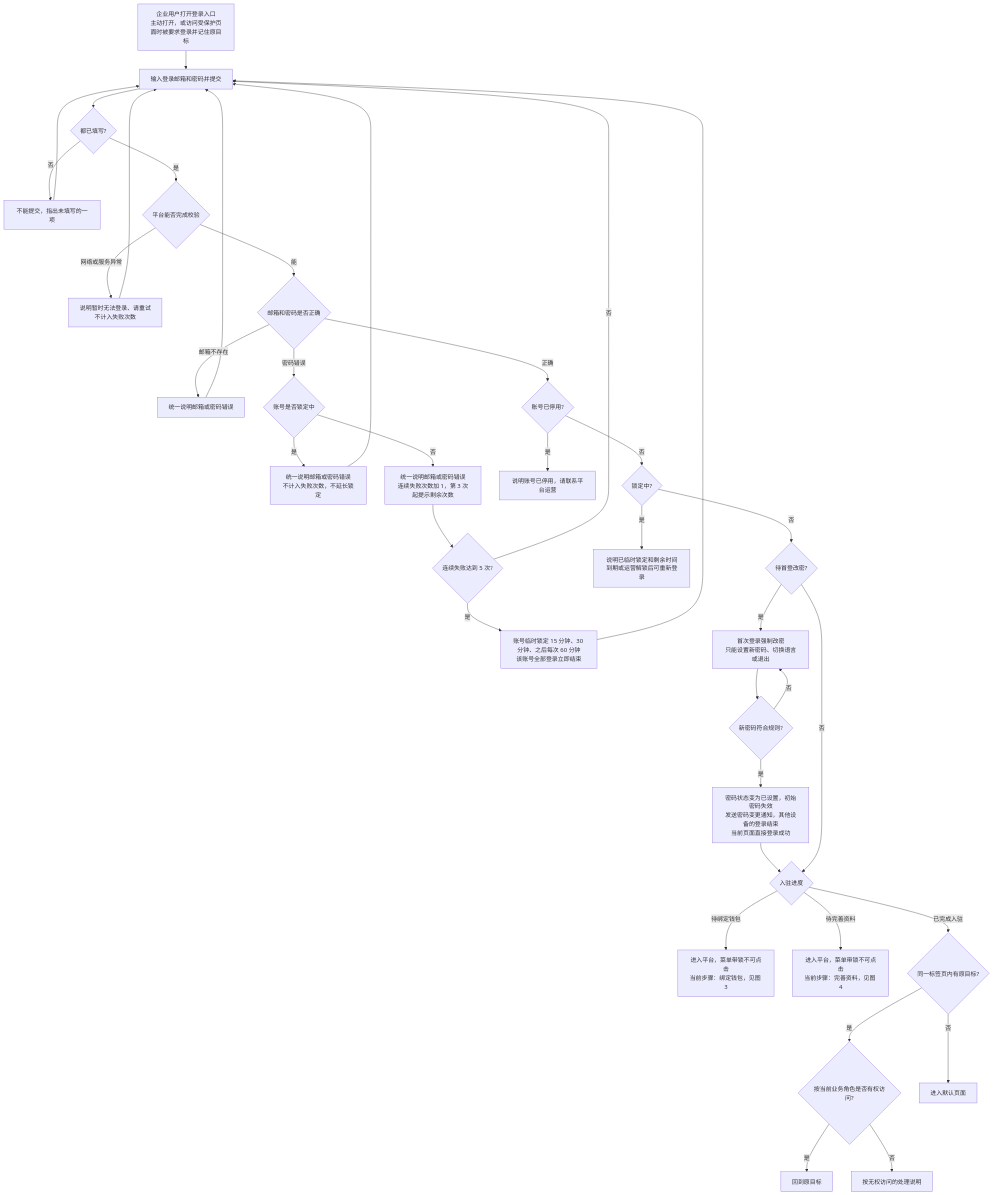
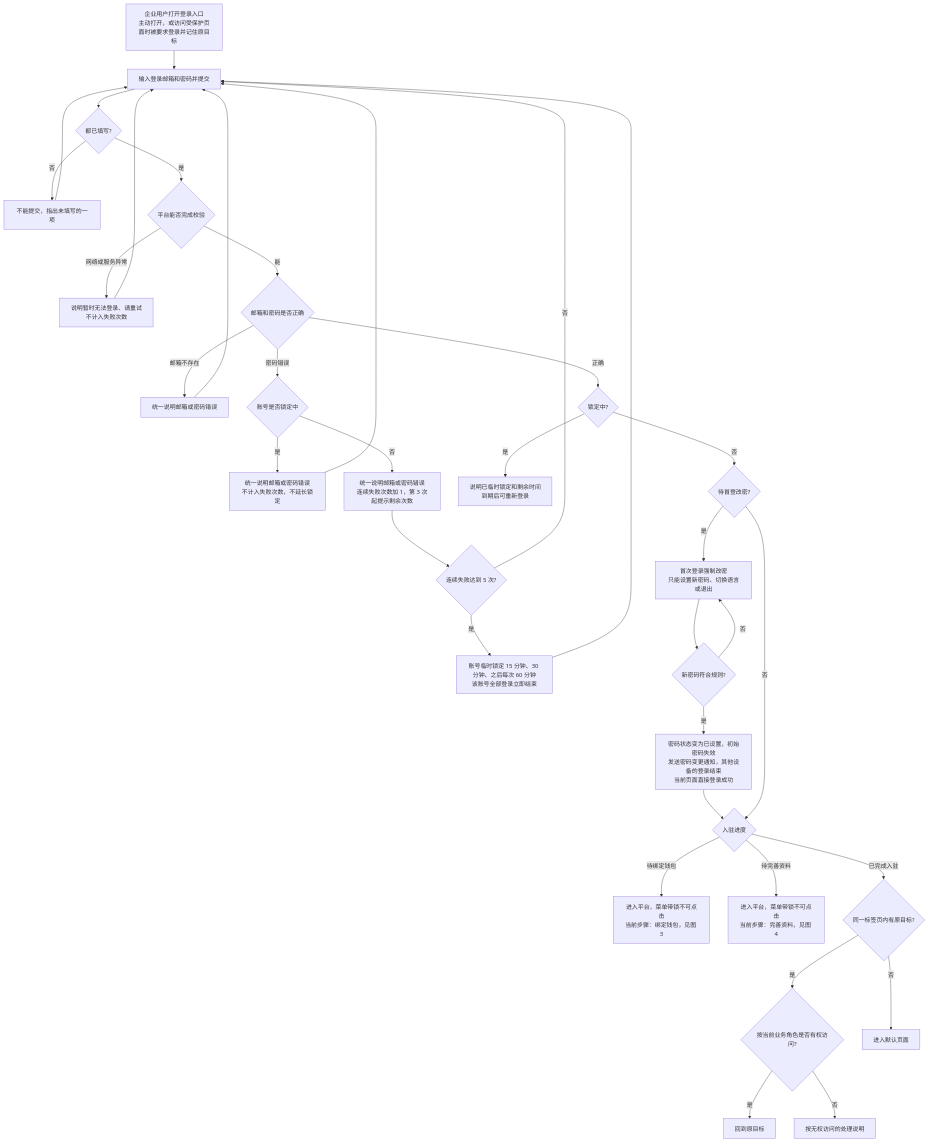
One commit to wxblockchain/Chain-Financing changed the first of 11 diagrams in asset-trust-platform/PRD/企业端/M1-企业登录与首次入驻/02-企业登录与首次入驻-流程图与状态机.md. Above: the diagram before and after it, drawn with Mermaid. The commit also changed other lines of this file and 4 other files, not shown here.

````diff
--- a/asset-trust-platform/PRD/企业端/M1-企业登录与首次入驻/02-企业登录与首次入驻-流程图与状态机.md
+++ b/asset-trust-platform/PRD/企业端/M1-企业登录与首次入驻/02-企业登录与首次入驻-流程图与状态机.md
@@ -22,39 +23,37 @@
 ```mermaid
 flowchart TD
     A[企业用户打开登录入口<br/>主动打开，或访问受保护页面时被要求登录并记住原目标] --> B[输入登录邮箱和密码并提交]
     B --> B1{都已填写?}
     B1 -->|否| B2[不能提交，指出未填写的一项]
     B2 --> B
     B1 -->|是| B3{平台能否完成校验}
     B3 -->|网络或服务异常| B4[说明暂时无法登录、请重试<br/>不计入失败次数]
     B4 --> B
     B3 -->|能| C{邮箱和密码是否正确}
     C -->|邮箱不存在| D[统一说明邮箱或密码错误]
     D --> B
     C -->|密码错误| E0{账号是否锁定中}
     E0 -->|是| E3[统一说明邮箱或密码错误<br/>不计入失败次数，不延长锁定]
     E3 --> B
     E0 -->|否| E[统一说明邮箱或密码错误<br/>连续失败次数加 1，第 3 次起提示剩余次数]
     E --> E1{连续失败达到 5 次?}
     E1 -->|否| B
     E1 -->|是| E2[账号临时锁定 15 分钟、30 分钟、之后每次 60 分钟<br/>该账号全部登录立即结束]
     E2 --> B
-    C -->|正确| S{账号已停用?}
-    S -->|是| S1[说明账号已停用，请联系平台运营]
-    S -->|否| L{锁定中?}
-    L -->|是| L1[说明已临时锁定和剩余时间<br/>到期或运营解锁后可重新登录]
+    C -->|正确| L{锁定中?}
+    L -->|是| L1[说明已临时锁定和剩余时间<br/>到期后可重新登录]
     L -->|否| P{待首登改密?}
     P -->|是| H[首次登录强制改密<br/>只能设置新密码、切换语言或退出]
     H --> H1{新密码符合规则?}
     H1 -->|否| H
     H1 -->|是| H2[密码状态变为已设置，初始密码失效<br/>发送密码变更通知，其他设备的登录结束<br/>当前页面直接登录成功]
     H2 --> O
     P -->|否| O{入驻进度}
     O -->|待绑定钱包| W[进入平台，菜单带锁不可点击<br/>当前步骤：绑定钱包，见图 3]
     O -->|待完善资料| F[进入平台，菜单带锁不可点击<br/>当前步骤：完善资料，见图 4]
     O -->|已完成入驻| T{同一标签页内有原目标?}
     T -->|是| T1{按当前业务角色是否有权访问?}
     T1 -->|是| T2[回到原目标]
     T1 -->|否| T3[按无权访问的处理说明]
     T -->|否| T4[进入默认页面]
 ```
````
